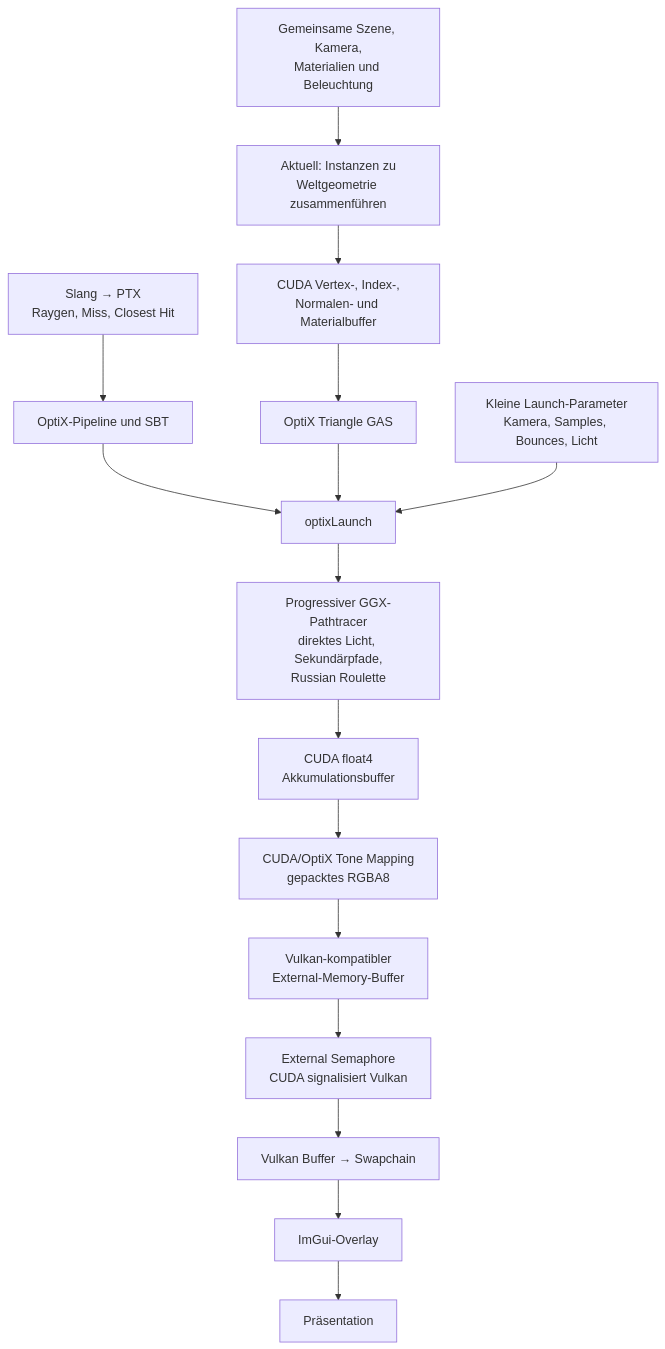
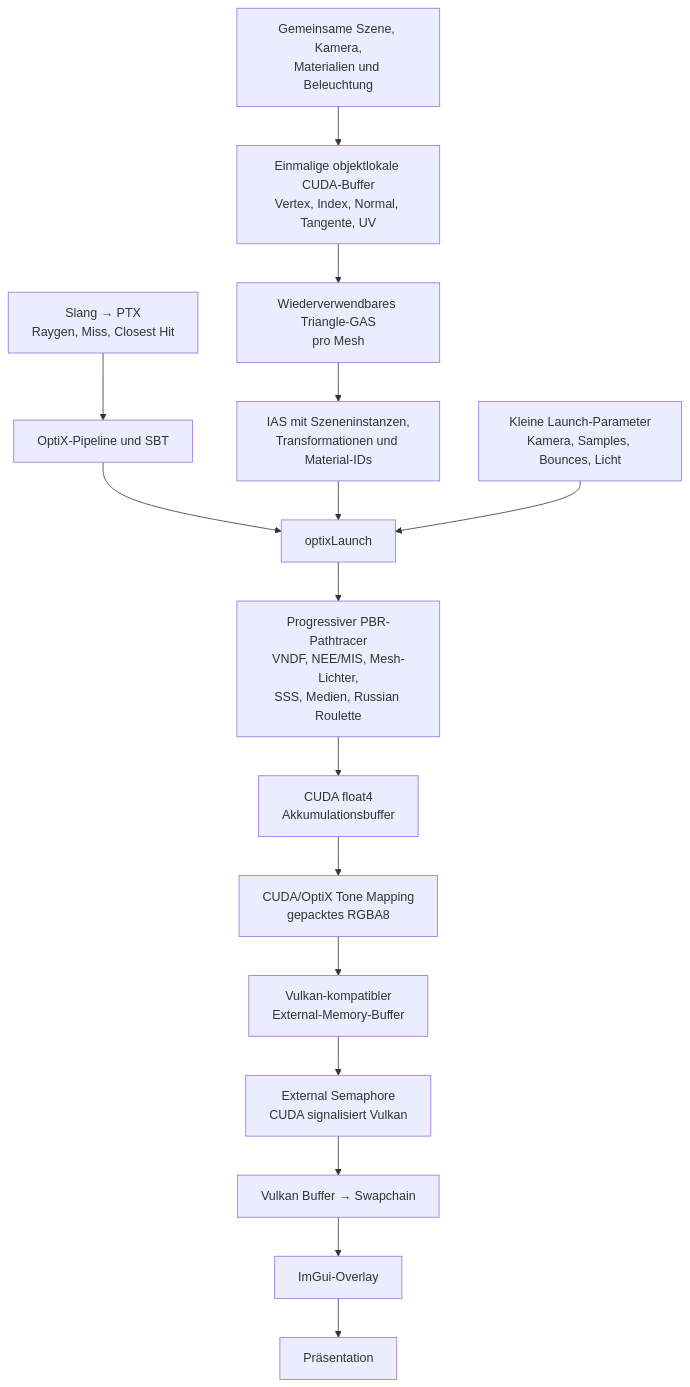
One commit to F2TekIndie/VORaytracer changed the third of 4 diagrams in RENDERPFADE.md. Above: the diagram before and after it, drawn with Mermaid. The commit also changed other lines of this file and 34 other files, not shown here.

````diff
--- a/RENDERPFADE.md
+++ b/RENDERPFADE.md
@@ -66,20 +72,20 @@
 ```mermaid
 flowchart TD
-    Scene["Gemeinsame Szene, Kamera,<br/>Materialien und Beleuchtung"] --> Flatten["Aktuell: Instanzen zu<br/>Weltgeometrie zusammenführen"]
-    Flatten --> CudaBuffers["CUDA Vertex-, Index-,<br/>Normalen- und Materialbuffer"]
-    CudaBuffers --> GAS["OptiX Triangle GAS"]
+    Scene["Gemeinsame Szene, Kamera,<br/>Materialien und Beleuchtung"] --> CudaBuffers["Einmalige objektlokale CUDA-Buffer<br/>Vertex, Index, Normal, Tangente, UV"]
+    CudaBuffers --> GAS["Wiederverwendbares Triangle-GAS<br/>pro Mesh"]
+    GAS --> IAS["IAS mit Szeneninstanzen,<br/>Transformationen und Material-IDs"]
 
     Shader["Slang → PTX<br/>Raygen, Miss, Closest Hit"] --> Pipeline["OptiX-Pipeline und SBT"]
     Pipeline --> Launch["optixLaunch"]
-    GAS --> Launch
+    IAS --> Launch
     Params["Kleine Launch-Parameter<br/>Kamera, Samples, Bounces, Licht"] --> Launch
 
-    Launch --> Integrator["Progressiver GGX-Pathtracer<br/>direktes Licht, Sekundärpfade,<br/>Russian Roulette"]
+    Launch --> Integrator["Progressiver PBR-Pathtracer<br/>VNDF, NEE/MIS, Mesh-Lichter,<br/>SSS, Medien, Russian Roulette"]
     Integrator --> Accum["CUDA float4<br/>Akkumulationsbuffer"]
     Accum --> Tone["CUDA/OptiX Tone Mapping<br/>gepacktes RGBA8"]
     Tone --> External["Vulkan-kompatibler<br/>External-Memory-Buffer"]
     External --> Semaphore["External Semaphore<br/>CUDA signalisiert Vulkan"]
     Semaphore --> Copy["Vulkan Buffer → Swapchain"]
     Copy --> ImGui["ImGui-Overlay"]
     ImGui --> Present["Präsentation"]
 ```
````
